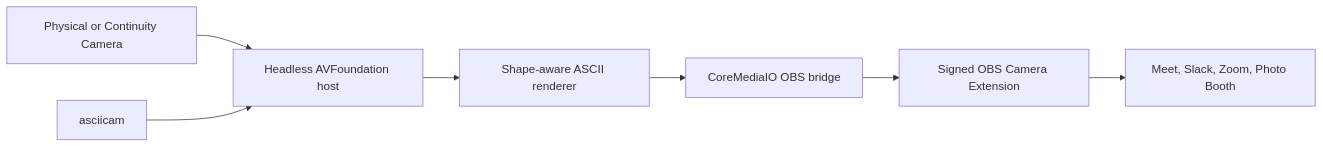
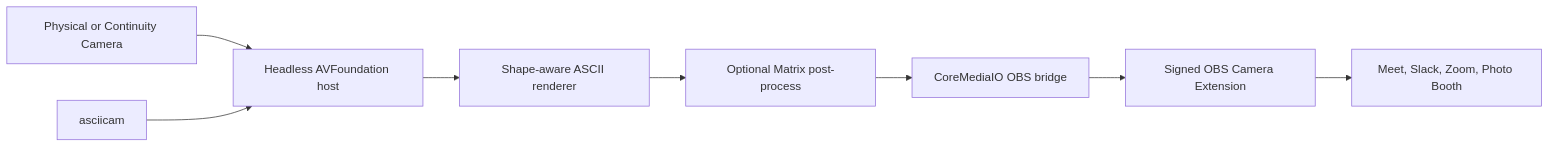
The diagram in README.md (yigitsimsek/ascii-camera), drawn with Mermaid before and after one commit. The commit also changed other lines of this file and 10 other files, not shown here.

````diff
--- a/README.md
+++ b/README.md
@@ -37,9 +39,10 @@
 ```mermaid
 flowchart LR
     C["Physical or Continuity Camera"] --> H["Headless AVFoundation host"]
     H --> R["Shape-aware ASCII renderer"]
-    R --> B["CoreMediaIO OBS bridge"]
+    R --> M["Optional Matrix post-process"]
+    M --> B["CoreMediaIO OBS bridge"]
     B --> E["Signed OBS Camera Extension"]
     E --> A["Meet, Slack, Zoom, Photo Booth"]
     CLI["asciicam"] --> H
 ```
````
